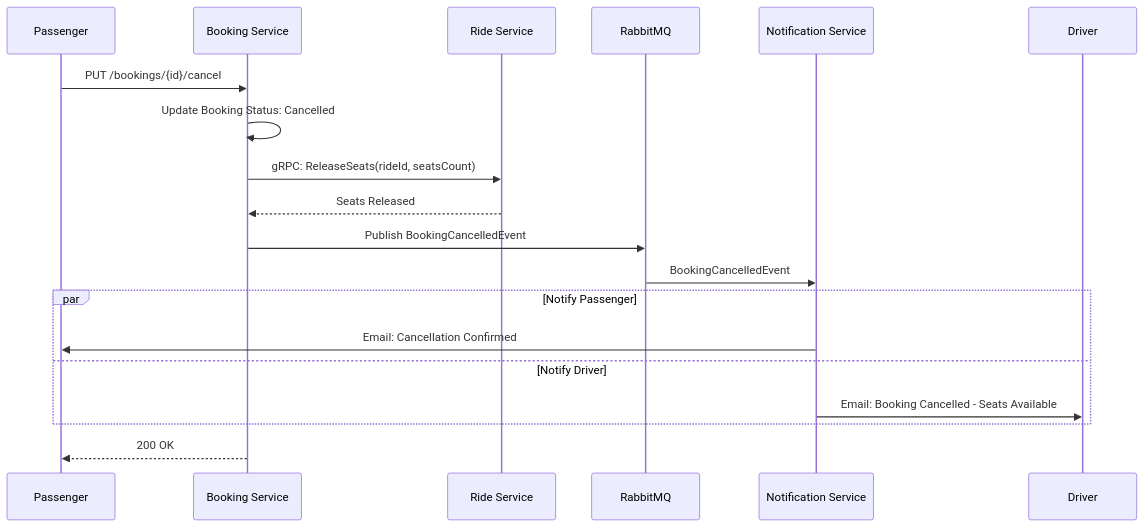
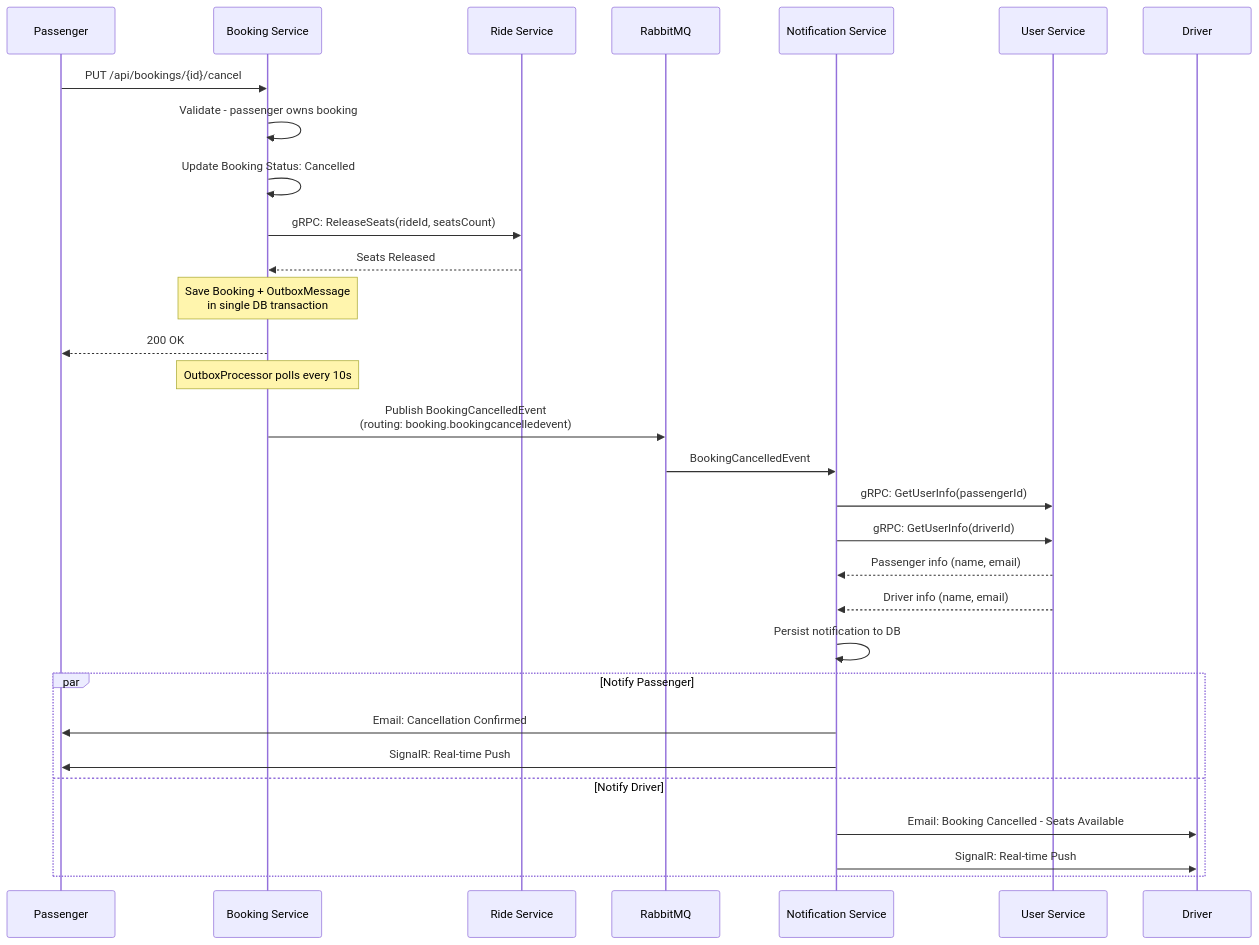
One commit to marijaa010/RideBuddy changed the diagram in RideBuddy/diagrams/rideCancelledByPassengerSequenceDiagram.mmd. Above: the diagram before and after it, drawn with Mermaid. The commit also changed 23 other files, not shown here.

```diff
--- a/RideBuddy/diagrams/rideCancelledByPassengerSequenceDiagram.mmd
+++ b/RideBuddy/diagrams/rideCancelledByPassengerSequenceDiagram.mmd
@@ -1,22 +1,38 @@
 sequenceDiagram
     participant P as Passenger
     participant BS as Booking Service
     participant RS as Ride Service
     participant MQ as RabbitMQ
     participant NS as Notification Service
+    participant US as User Service
     participant D as Driver
-    
-    P->>BS: PUT /bookings/{id}/cancel
+
+    P->>BS: PUT /api/bookings/{id}/cancel
+    BS->>BS: Validate - passenger owns booking
     BS->>BS: Update Booking Status: Cancelled
+
     BS->>RS: gRPC: ReleaseSeats(rideId, seatsCount)
     RS-->>BS: Seats Released
-    BS->>MQ: Publish BookingCancelledEvent
+
+    note over BS: Save Booking + OutboxMessage<br/>in single DB transaction
+    BS-->>P: 200 OK
+
+    note over BS: OutboxProcessor polls every 10s
+    BS->>MQ: Publish BookingCancelledEvent<br/>(routing: booking.bookingcancelledevent)
+
     MQ->>NS: BookingCancelledEvent
-    
+
+    NS->>US: gRPC: GetUserInfo(passengerId)
+    NS->>US: gRPC: GetUserInfo(driverId)
+    US-->>NS: Passenger info (name, email)
+    US-->>NS: Driver info (name, email)
+
+    NS->>NS: Persist notification to DB
+
     par Notify Passenger
         NS->>P: Email: Cancellation Confirmed
+        NS->>P: SignalR: Real-time Push
     and Notify Driver
         NS->>D: Email: Booking Cancelled - Seats Available
+        NS->>D: SignalR: Real-time Push
     end
-    
-    BS-->>P: 200 OK
```
